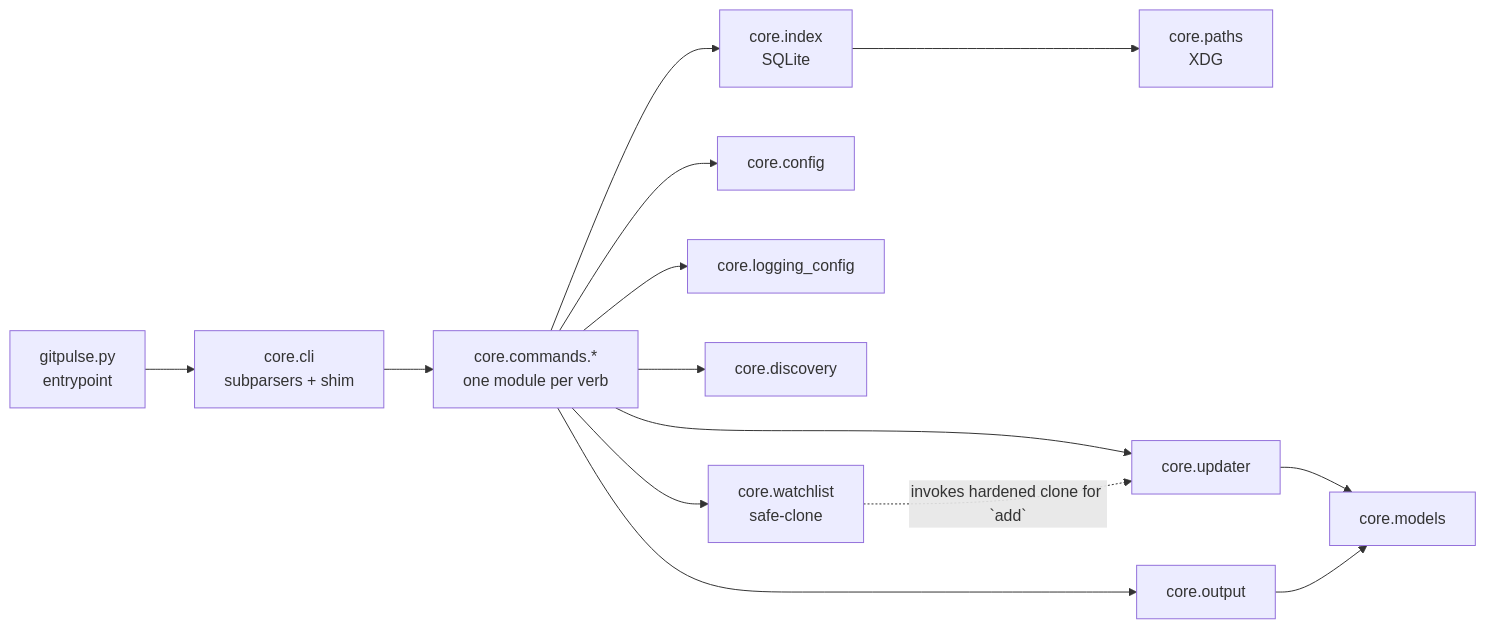
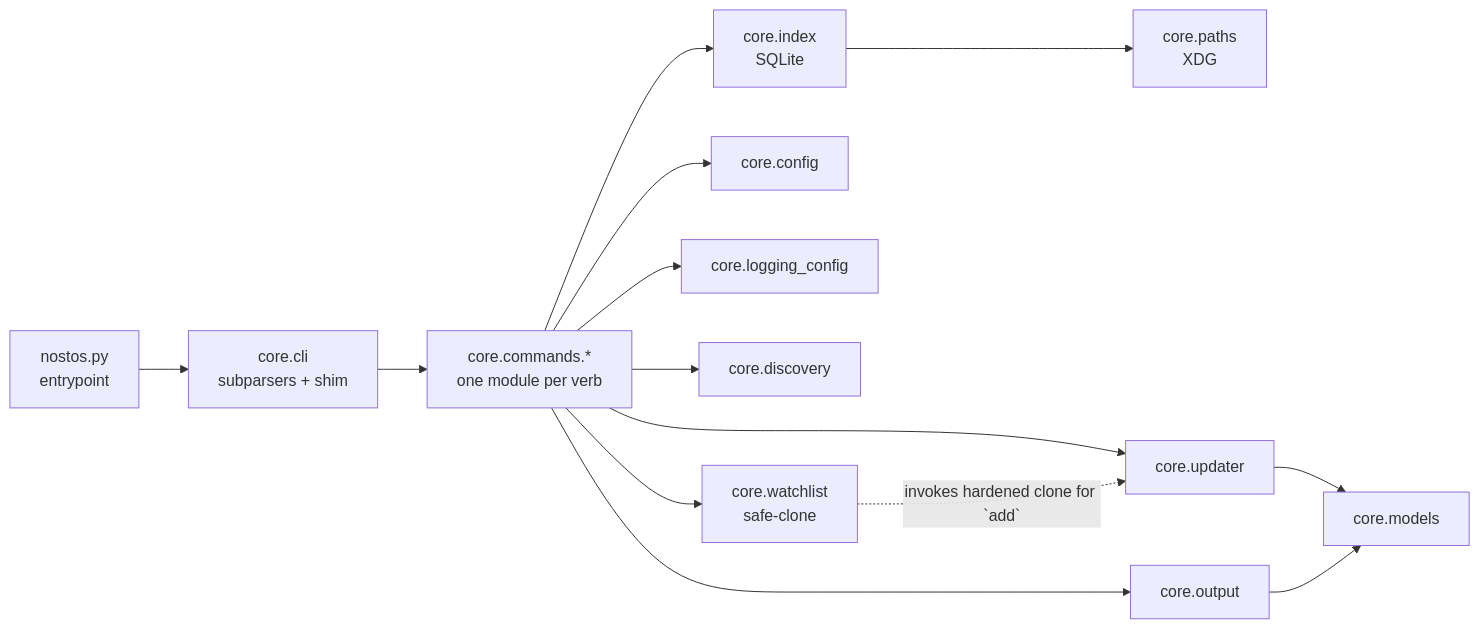
One commit to prodrom3/gitpulse changed the fourth of 6 diagrams in README.md. Above: the diagram before and after it, drawn with Mermaid. The commit also changed other lines of this file and 63 other files, not shown here.

First line of the commit message:
Rename gitpulse -> nostos (v1.0.0)

````diff
--- a/README.md
+++ b/README.md
@@ -1032,28 +1032,28 @@
 ```mermaid
 flowchart LR
-    entry[gitpulse.py<br/>entrypoint]
+    entry[nostos.py<br/>entrypoint]
     cli[core.cli<br/>subparsers + shim]
     paths[core.paths<br/>XDG]
     idx[core.index<br/>SQLite]
     cmds[core.commands.*<br/>one module per verb]
     config[core.config]
     logcfg[core.logging_config]
     discovery[core.discovery]
     updater[core.updater]
     watchlist[core.watchlist<br/>safe-clone]
     output[core.output]
     models[core.models]
 
     entry --> cli --> cmds
     cmds --> idx
     cmds --> config
     cmds --> logcfg
     cmds --> discovery
     cmds --> updater
     cmds --> watchlist
     cmds --> output
     idx --> paths
     updater --> models
     output --> models
     watchlist -. invokes hardened clone for `add` .-> updater
 ```
````
